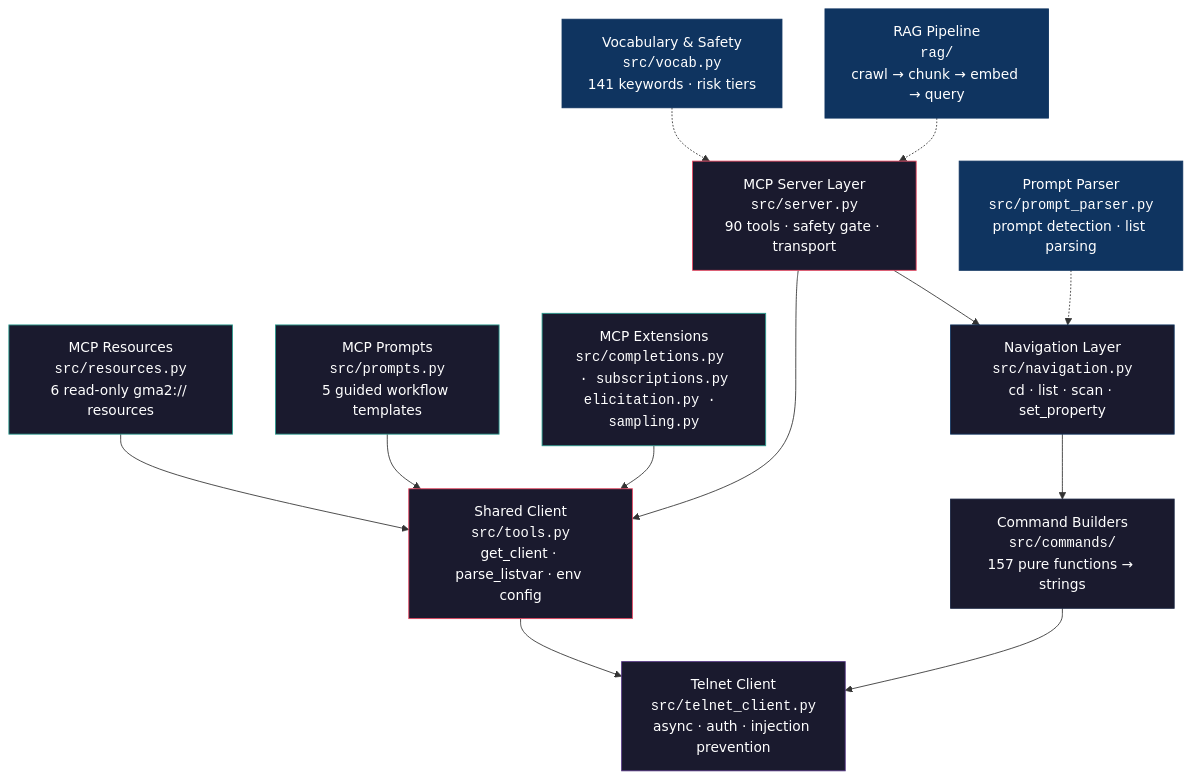
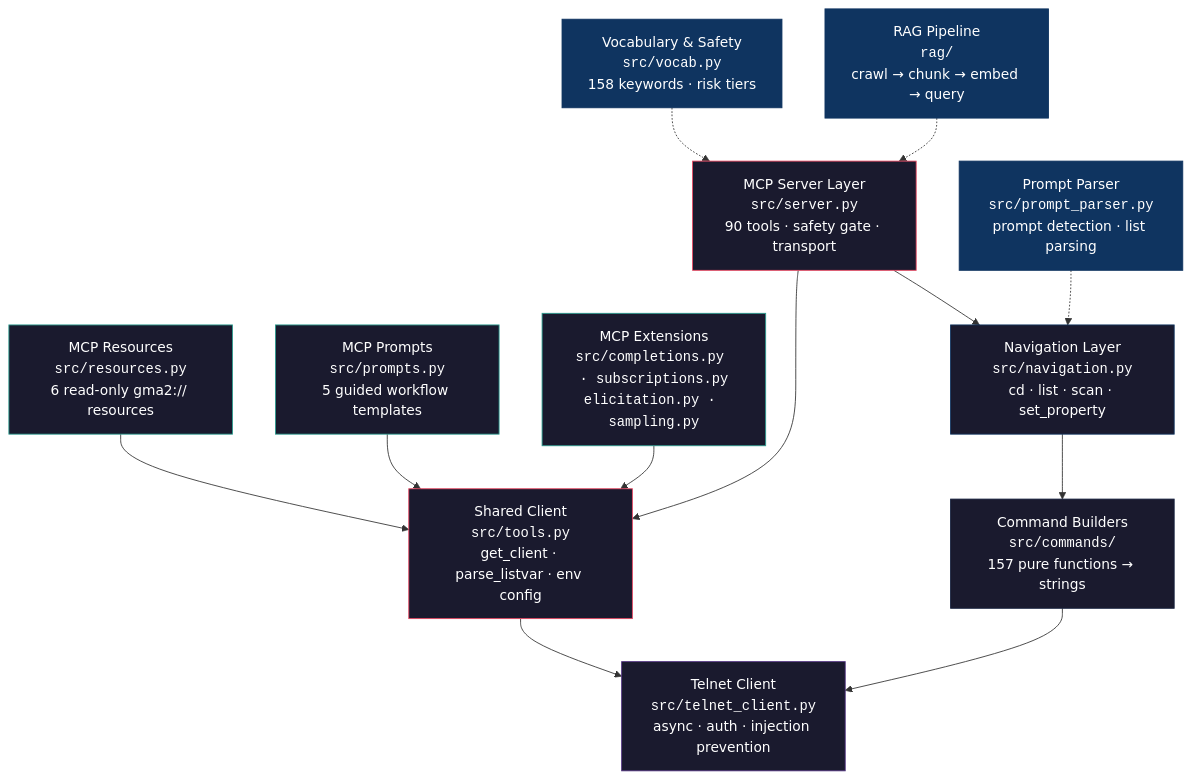
Before and after one commit to thisis-romar/gma2-mcp-telnet: the first of 3 diagrams in README.md, drawn with Mermaid. The commit also changed other lines of this file and 1 other file, not shown here.

First line of the commit message:
docs: fix stale vocab count (141→158) and builder count (110+→157)

````diff
--- a/README.md
+++ b/README.md
@@ -55,28 +55,28 @@
 ```mermaid
 graph TD
     A["MCP Server Layer<br/><code>src/server.py</code><br/>90 tools · safety gate · transport"] --> B
     T["Shared Client<br/><code>src/tools.py</code><br/>get_client · parse_listvar · env config"] --> D
     R["MCP Resources<br/><code>src/resources.py</code><br/>6 read-only gma2:// resources"] --> T
     P["MCP Prompts<br/><code>src/prompts.py</code><br/>5 guided workflow templates"] --> T
     X["MCP Extensions<br/><code>src/completions.py · subscriptions.py<br/>elicitation.py · sampling.py</code>"] --> T
     B["Navigation Layer<br/><code>src/navigation.py</code><br/>cd · list · scan · set_property"] --> C
     C["Command Builders<br/><code>src/commands/</code><br/>157 pure functions → strings"] --> D
     D["Telnet Client<br/><code>src/telnet_client.py</code><br/>async · auth · injection prevention"]
 
     A --> T
     E["Prompt Parser<br/><code>src/prompt_parser.py</code><br/>prompt detection · list parsing"] -.-> B
-    F["Vocabulary & Safety<br/><code>src/vocab.py</code><br/>141 keywords · risk tiers"] -.-> A
+    F["Vocabulary & Safety<br/><code>src/vocab.py</code><br/>158 keywords · risk tiers"] -.-> A
     G["RAG Pipeline<br/><code>rag/</code><br/>crawl → chunk → embed → query"] -.-> A
 
     style A fill:#1a1a2e,stroke:#e94560,color:#fff
     style T fill:#1a1a2e,stroke:#e94560,color:#fff
     style R fill:#1a1a2e,stroke:#2a9d8f,color:#fff
     style P fill:#1a1a2e,stroke:#2a9d8f,color:#fff
     style X fill:#1a1a2e,stroke:#2a9d8f,color:#fff
     style B fill:#1a1a2e,stroke:#0f3460,color:#fff
     style C fill:#1a1a2e,stroke:#16213e,color:#fff
     style D fill:#1a1a2e,stroke:#533483,color:#fff
     style E fill:#0f3460,stroke:#0f3460,color:#fff
     style F fill:#0f3460,stroke:#0f3460,color:#fff
     style G fill:#0f3460,stroke:#0f3460,color:#fff
 ```
````
